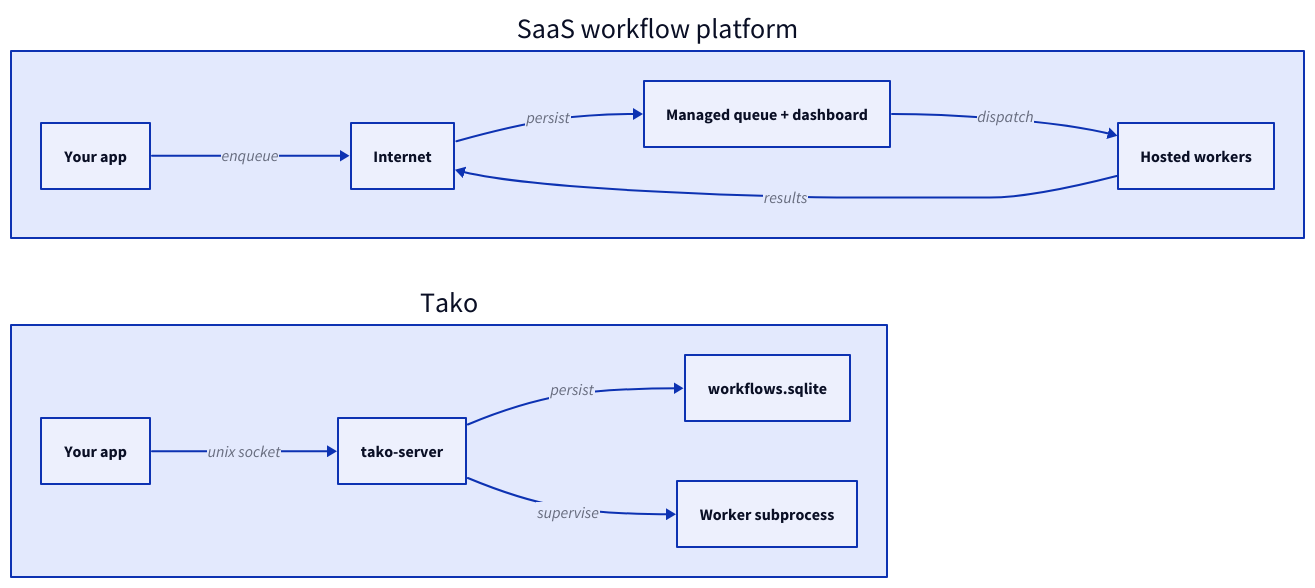
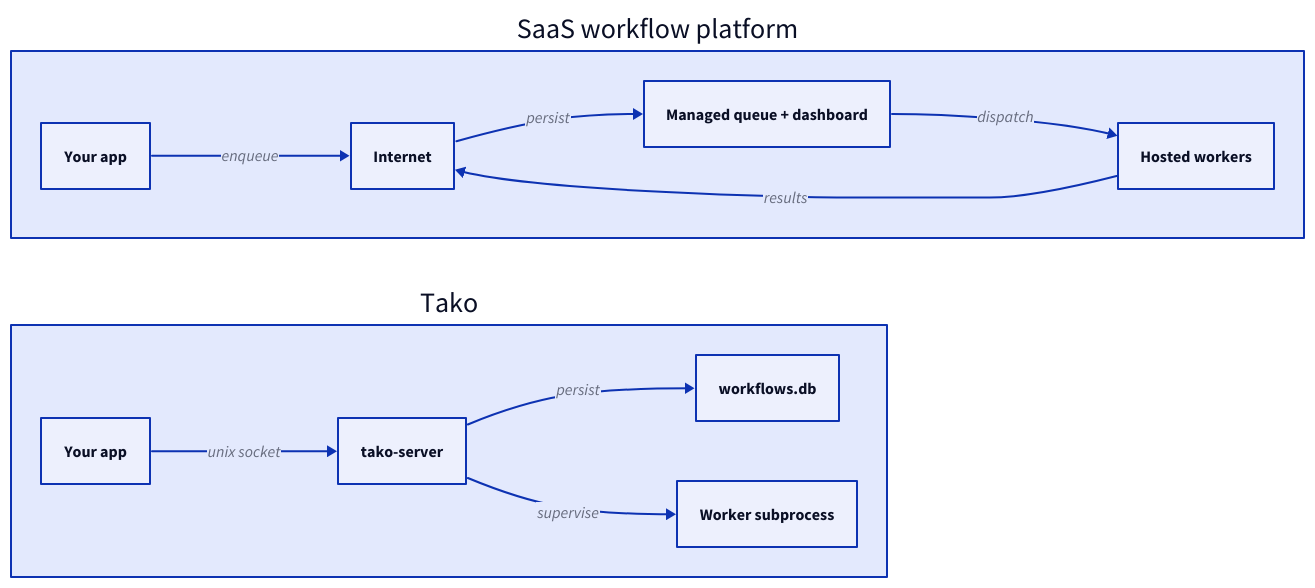
The diagram in website/src/content/blog/tako-vs-inngest-and-trigger.md (tako-sh/tako), drawn with D2 before and after one commit. The commit also changed 63 other files, not shown here.

````diff
--- a/website/src/content/blog/tako-vs-inngest-and-trigger.md
+++ b/website/src/content/blog/tako-vs-inngest-and-trigger.md
@@ -40,30 +40,30 @@
 ```d2
 direction: right
 
 saas: SaaS workflow platform {
   direction: down
 
   app: Your app
   net: Internet
   queue: Managed queue + dashboard
   worker: Hosted workers
 
   app -> net: enqueue
   net -> queue: persist
   queue -> worker: dispatch
   worker -> net: results
 }
 
 tako: Tako {
   direction: down
 
   app: Your app
   server: tako-server
-  db: workflows.sqlite
+  db: workflows.db
   worker: Worker subprocess
 
   app -> server: unix socket
   server -> db: persist
   server -> worker: supervise
 }
 ```
````
